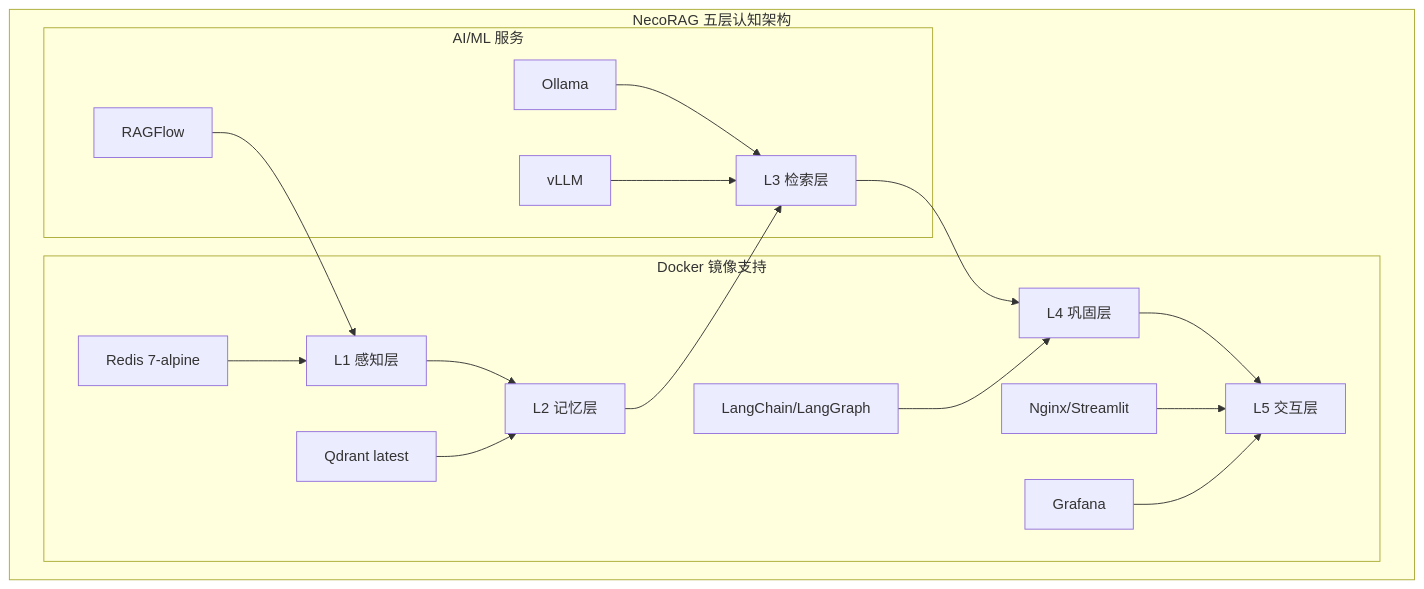
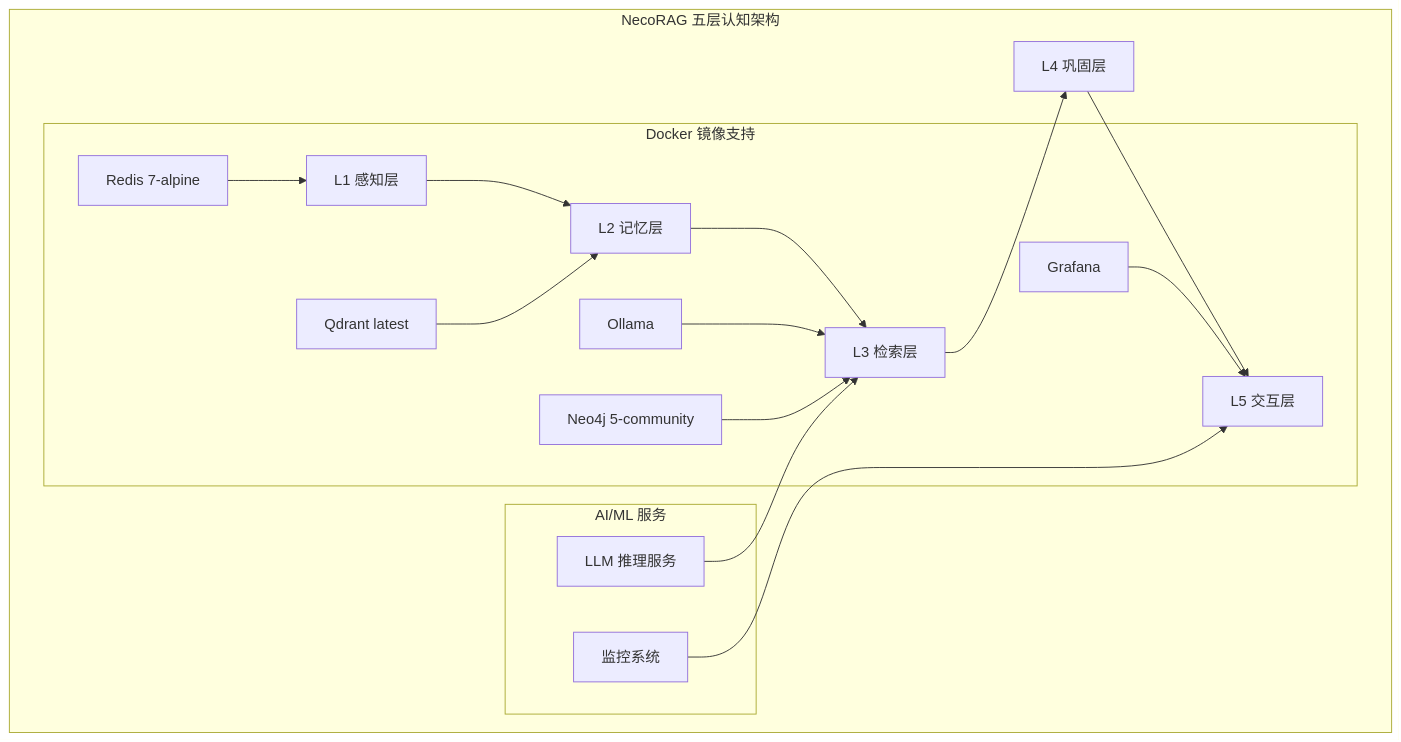
The second of 6 diagrams in .qoder/repowiki/zh/content/Docker Images Guide.md (JieGaoPrinceton/NecoRAG), drawn with Mermaid before and after one commit. The commit also changed other lines of this file and 95 other files, not shown here.

````diff
--- a/.qoder/repowiki/zh/content/Docker Images Guide.md
+++ b/.qoder/repowiki/zh/content/Docker Images Guide.md
@@ -115,21 +116,20 @@
 ```mermaid
 graph TB
 subgraph "NecoRAG 五层认知架构"
 A[L1 感知层] --> B[L2 记忆层]
 B --> C[L3 检索层]
 C --> D[L4 巩固层]
 D --> E[L5 交互层]
 subgraph "Docker 镜像支持"
 A1[Redis 7-alpine] --> A
 B2[Qdrant latest] --> B
-C3[Nginx/Streamlit] --> E
-D4[LangChain/LangGraph] --> D
-E5[Grafana] --> E
+C3[Ollama] --> C
+D4[Grafana] --> E
+E5[Neo4j 5-community] --> C
 end
 subgraph "AI/ML 服务"
-F[Ollama] --> C
-G[vLLM] --> C
-H[RAGFlow] --> A
+F[LLM 推理服务] --> C
+G[监控系统] --> E
 end
 end
 ```
````
